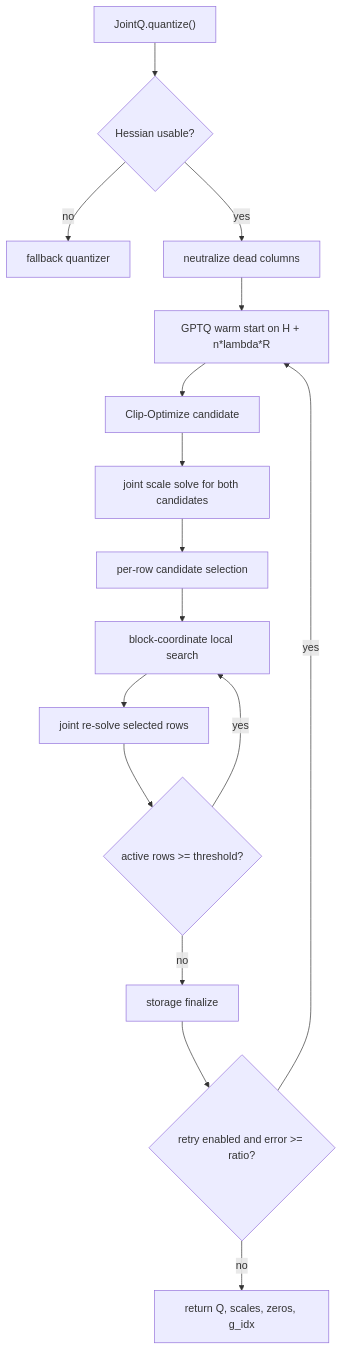
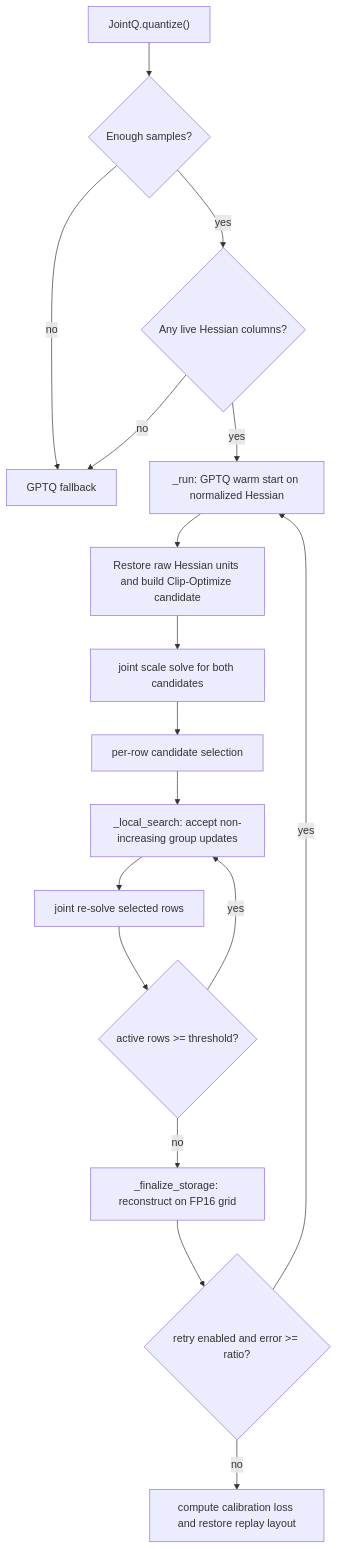
Before and after one commit to ModelCloud/GPTQModel: the second of 2 diagrams in docs/jointq.md, drawn with Mermaid. The commit also changed other lines of this file and 7 other files, not shown here.

````diff
--- a/docs/jointq.md
+++ b/docs/jointq.md
@@ -174,18 +177,19 @@
 ```mermaid
 flowchart TD
-    A["JointQ.quantize()"] --> B{"Hessian usable?"}
-    B -->|no| C["fallback quantizer"]
-    B -->|yes| D["neutralize dead columns"]
-    D --> E["GPTQ warm start on H + n*lambda*R"]
-    E --> F["Clip-Optimize candidate"]
+    A["JointQ.quantize()"] --> B{"Enough samples?"}
+    B -->|no| C["GPTQ fallback"]
+    B -->|yes| D{"Any live Hessian columns?"}
+    D -->|no| C
+    D -->|yes| E["_run: GPTQ warm start on normalized Hessian"]
+    E --> F["Restore raw Hessian units and build Clip-Optimize candidate"]
     F --> G["joint scale solve for both candidates"]
     G --> H["per-row candidate selection"]
-    H --> I["block-coordinate local search"]
+    H --> I["_local_search: accept non-increasing group updates"]
     I --> J["joint re-solve selected rows"]
     J --> K{"active rows >= threshold?"}
     K -->|yes| I
-    K -->|no| L["storage finalize"]
+    K -->|no| L["_finalize_storage: reconstruct on FP16 grid"]
     L --> M{"retry enabled and error >= ratio?"}
     M -->|yes| E
-    M -->|no| N["return Q, scales, zeros, g_idx"]
+    M -->|no| N["compute calibration loss and restore replay layout"]
 ```
````
